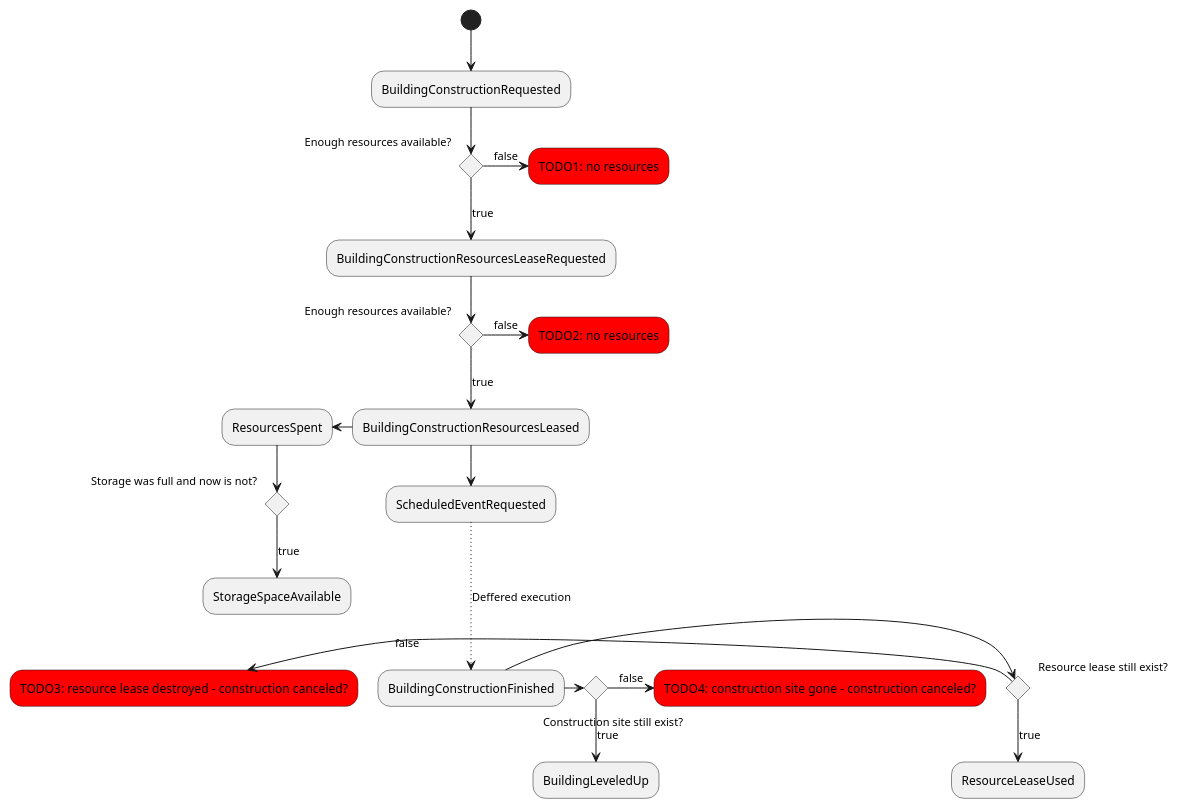
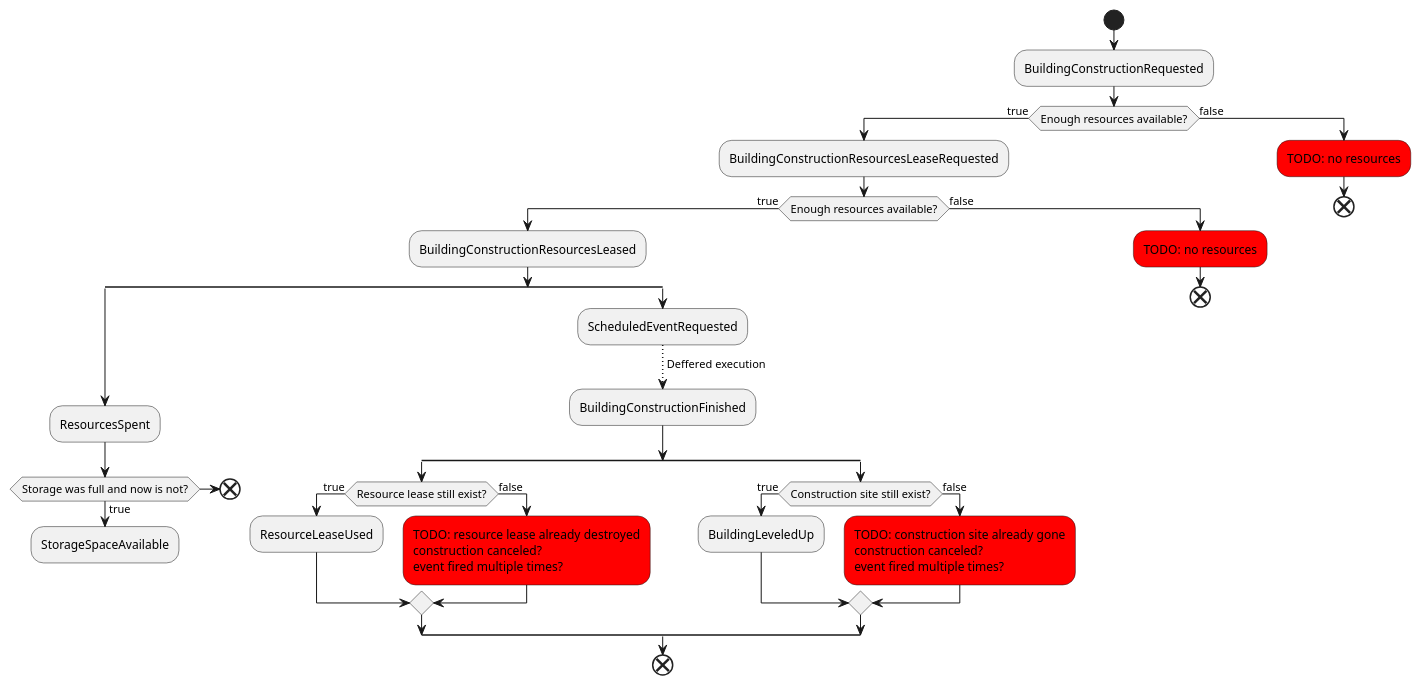
The diagram in docs/building-construction-flow.puml (tomekbielaszewski/ogame-clone), drawn with PlantUML before and after one commit.

Commit message:
docs: newer puml syntax in building construction flow chart

```diff
--- a/docs/building-construction-flow.puml
+++ b/docs/building-construction-flow.puml
@@ -1,43 +1,94 @@
 @startuml
 
-skinparam activity {
-  BackgroundColor<< Error >> Red
-}
+'skinparam activity {
+'  BackgroundColor<< Error >> Red
+'}
+'
+'(*) --> "BuildingConstructionRequested"
+'
+'"BuildingConstructionRequested" --> if "Enough resources available?" then
+'    --> [true] "BuildingConstructionResourcesLeaseRequested"
+'else
+'    -r-> [false] "TODO1: no resources" << Error >>
+'endif
+'
+'
+'"BuildingConstructionResourcesLeaseRequested" --> if "Enough resources available?" then
+'    --> [true] "BuildingConstructionResourcesLeased"
+'else
+'    -r-> [false] "TODO2: no resources" << Error >>
+'endif
+'
+'"BuildingConstructionResourcesLeased" -l-> "ResourcesSpent"
+'
+'if "Storage was full and now is not?" then
+'    --> [true] "StorageSpaceAvailable"
+'endif
+'
+'"BuildingConstructionResourcesLeased" --> "ScheduledEventRequested"
+'...> [Deffered execution] "BuildingConstructionFinished"
+'
+'"BuildingConstructionFinished" -l-> if "Resource lease still exist?" then
+'    --> [true] "ResourceLeaseUsed"
+'else
+'    -l-> [false] "TODO3: resource lease destroyed - construction canceled?" << Error >>
+'endif
+'
+'"BuildingConstructionFinished" -r-> if "Construction site still exist?" then
+'    --> [true] "BuildingLeveledUp"
+'else
+'    -r-> [false] "TODO4: construction site gone - construction canceled?" << Error >>
+'endif
 
-(*) --> "BuildingConstructionRequested"
+start
 
-"BuildingConstructionRequested" --> if "Enough resources available?" then
-    --> [true] "BuildingConstructionResourcesLeaseRequested"
-else
-    -r-> [false] "TODO1: no resources" << Error >>
+:BuildingConstructionRequested;
+
+if (Enough resources available?) then (true)
+    :BuildingConstructionResourcesLeaseRequested;
+    if (Enough resources available?) then (true)
+        :BuildingConstructionResourcesLeased;
+        split
+            :ResourcesSpent;
+            if(Storage was full and now is not?) then (true)
+                :StorageSpaceAvailable;
+                detach
+            else
+                end
+            endif
+        split again
+            :ScheduledEventRequested;
+            -[dotted]-> Deffered execution;
+            :BuildingConstructionFinished;
+            split
+                if (Resource lease still exist?) then (true)
+                    :ResourceLeaseUsed;
+                else (false)
+                    #red:TODO: resource lease already destroyed
+                    construction canceled?
+                    event fired multiple times?;
+                endif
+            split again
+                if (Construction site still exist?) then (true)
+                    :BuildingLeveledUp;
+                else (false)
+                    #red:TODO: construction site already gone
+                    construction canceled?
+                    event fired multiple times?;
+                endif
+            end split
+        end
+        end split
+    else (false)
+        #red:TODO: no resources;
+        end
+    endif
+else (false)
+    #red:TODO: no resources;
+    end
 endif
 
 
-"BuildingConstructionResourcesLeaseRequested" --> if "Enough resources available?" then
-    --> [true] "BuildingConstructionResourcesLeased"
-else
-    -r-> [false] "TODO2: no resources" << Error >>
-endif
 
-"BuildingConstructionResourcesLeased" -l-> "ResourcesSpent"
-
-if "Storage was full and now is not?" then
-    --> [true] "StorageSpaceAvailable"
-endif
-
-"BuildingConstructionResourcesLeased" --> "ScheduledEventRequested"
-...> [Deffered execution] "BuildingConstructionFinished"
-
-"BuildingConstructionFinished" -l-> if "Resource lease still exist?" then
-    --> [true] "ResourceLeaseUsed"
-else
-    -l-> [false] "TODO3: resource lease destroyed - construction canceled?" << Error >>
-endif
-
-"BuildingConstructionFinished" -r-> if "Construction site still exist?" then
-    --> [true] "BuildingLeveledUp"
-else
-    -r-> [false] "TODO4: construction site gone - construction canceled?" << Error >>
-endif
 
 @enduml
```
